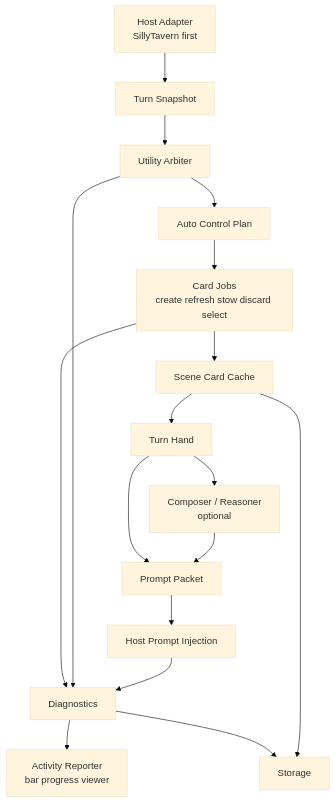
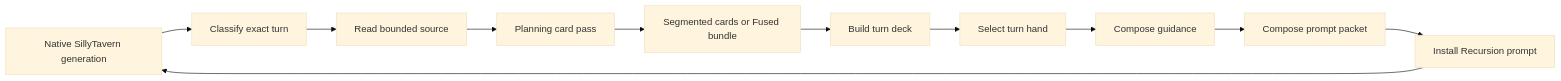
The diagram in docs/architecture/RUNTIME_ARCHITECTURE.md (MentallyQuill/Recursion), drawn with Mermaid (base theme) before and after one commit. The commit also changed other lines of this file and 25 other files, not shown here.

````diff
--- a/docs/architecture/RUNTIME_ARCHITECTURE.md
+++ b/docs/architecture/RUNTIME_ARCHITECTURE.md
@@ -33,19 +38,13 @@
 ```mermaid
-flowchart TD
-    Host["Host Adapter\nSillyTavern first"] --> Snapshot["Turn Snapshot"]
-    Snapshot --> Arbiter["Utility Arbiter"]
-    Arbiter --> Plan["Auto Control Plan"]
-    Plan --> Jobs["Card Jobs\ncreate refresh stow discard select"]
-    Jobs --> Cache["Scene Card Cache"]
-    Cache --> Hand["Turn Hand"]
-    Hand --> Composer["Composer / Reasoner\noptional"]
-    Composer --> Packet["Prompt Packet"]
-    Hand --> Packet
-    Packet --> Inject["Host Prompt Injection"]
-    Inject --> Diag["Diagnostics"]
-    Diag --> Activity["Activity Reporter\nbar progress viewer"]
-    Arbiter --> Diag
-    Jobs --> Diag
-    Cache --> Store["Storage"]
-    Diag --> Store
+flowchart LR
+  Host["Native SillyTavern generation"] --> Identity["Classify exact turn"]
+  Identity --> Snapshot["Read bounded source"]
+  Snapshot --> Arbiter["Planning card pass"]
+  Arbiter --> Cards["Segmented cards or Fused bundle"]
+  Cards --> Deck["Build turn deck"]
+  Deck --> Hand["Select turn hand"]
+  Hand --> Guidance["Compose guidance"]
+  Guidance --> Packet["Compose prompt packet"]
+  Packet --> Install["Install Recursion prompt"]
+  Install --> Host
 ```
````
